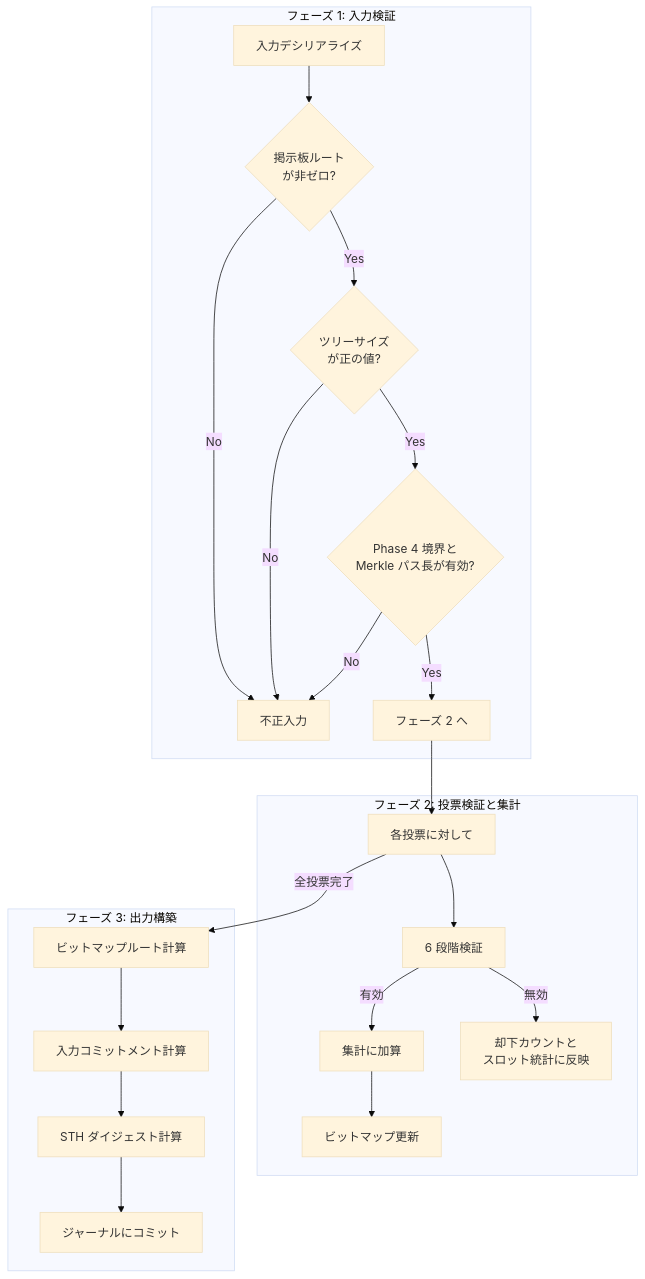
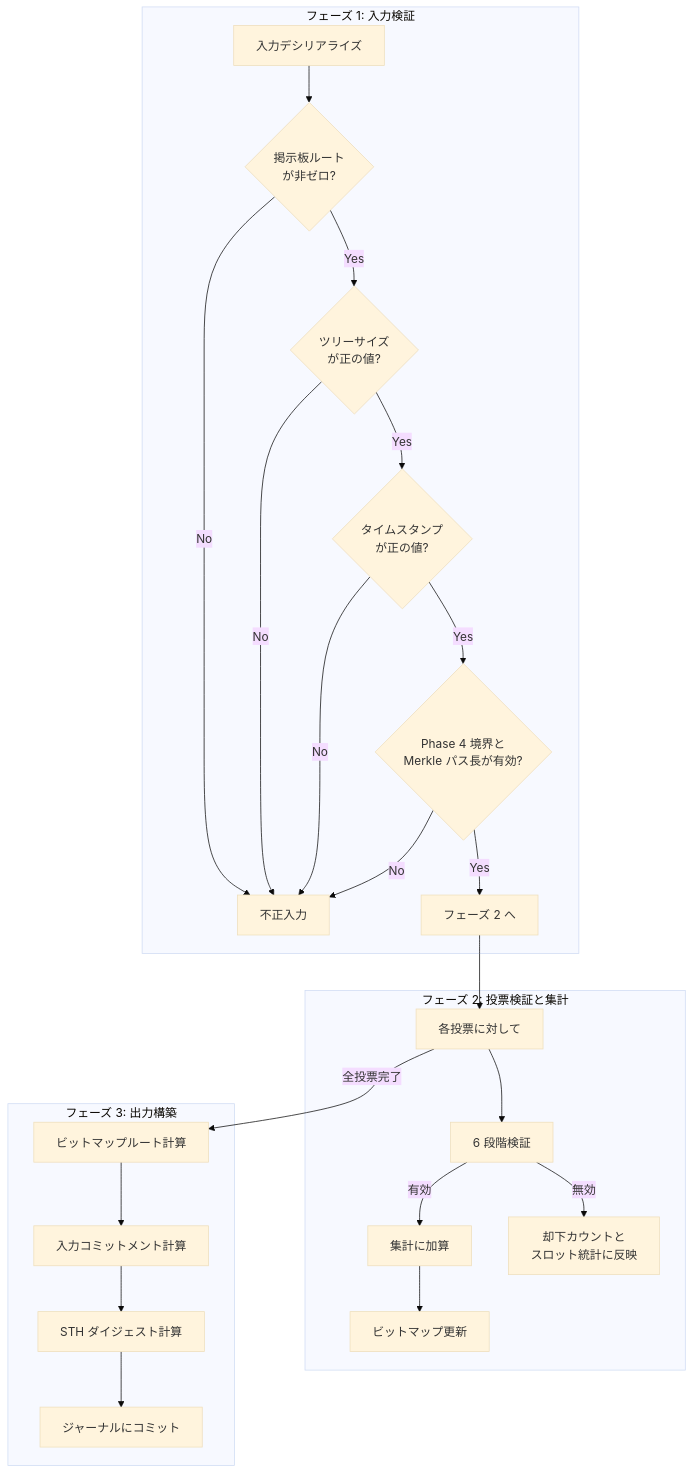
The first of 2 diagrams in public-book/src/zkvm/guest-program.md (hwatanabe-jp/stark-ballot-simulator-public), drawn with Mermaid (base theme) before and after one commit. The commit also changed other lines of this file and 389 other files, not shown here.

````diff
--- a/public-book/src/zkvm/guest-program.md
+++ b/public-book/src/zkvm/guest-program.md
@@ -51,27 +52,29 @@
 ```mermaid
 flowchart TD
   subgraph "フェーズ 1: 入力検証"
     I1[入力デシリアライズ] --> I2{掲示板ルート<br/>が非ゼロ?}
     I2 -->|Yes| I3{ツリーサイズ<br/>が正の値?}
     I2 -->|No| FAIL[不正入力]
-    I3 -->|Yes| I4{Phase 4 境界と<br/>Merkle パス長が有効?}
+    I3 -->|Yes| I4{タイムスタンプ<br/>が正の値?}
     I3 -->|No| FAIL
-    I4 -->|Yes| NEXT[フェーズ 2 へ]
+    I4 -->|Yes| I5{Phase 4 境界と<br/>Merkle パス長が有効?}
     I4 -->|No| FAIL
+    I5 -->|Yes| NEXT[フェーズ 2 へ]
+    I5 -->|No| FAIL
   end
 
   subgraph "フェーズ 2: 投票検証と集計"
     NEXT --> LOOP[各投票に対して]
     LOOP --> V1[6 段階検証]
     V1 -->|有効| TALLY[集計に加算]
     V1 -->|無効| EXCL[却下カウントと<br/>スロット統計に反映]
     TALLY --> BIT[ビットマップ更新]
   end
 
   subgraph "フェーズ 3: 出力構築"
     LOOP -->|全投票完了| O1[ビットマップルート計算]
     O1 --> O2[入力コミットメント計算]
     O2 --> O3[STH ダイジェスト計算]
     O3 --> O4[ジャーナルにコミット]
   end
 ```
````
